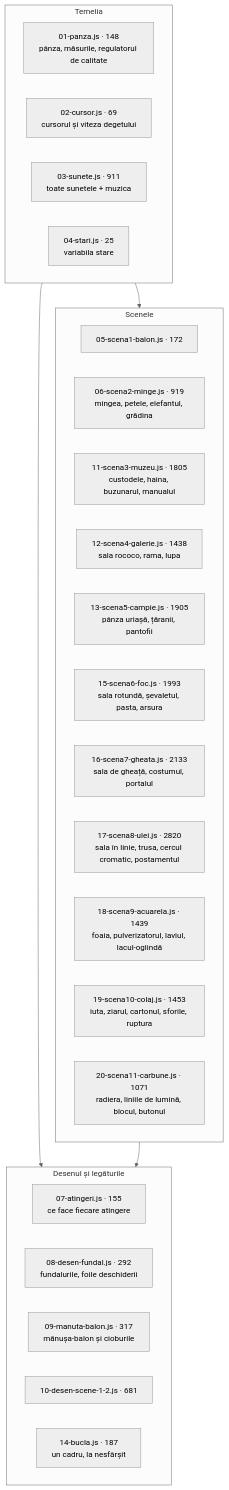
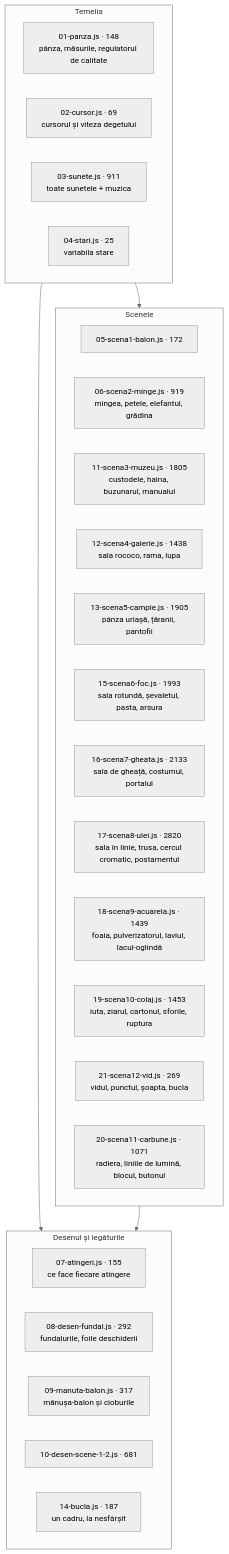
The seventh of 10 diagrams in ARCHITECTURE.md (Whit3G9dNess/Viata-dintr-o-atingere), drawn with Mermaid (neutral theme) before and after one commit. The commit also changed other lines of this file and 9 other files, not shown here.

````diff
--- a/ARCHITECTURE.md
+++ b/ARCHITECTURE.md
@@ -463,32 +483,33 @@
 ```mermaid
 flowchart TB
   subgraph T["Temelia"]
     A1["01-panza.js · 148<br/>pânza, măsurile, regulatorul de calitate"]
     A2["02-cursor.js · 69<br/>cursorul și viteza degetului"]
     A3["03-sunete.js · 911<br/>toate sunetele + muzica"]
     A4["04-stari.js · 25<br/>variabila stare"]
   end
   subgraph S["Scenele"]
     B5["05-scena1-balon.js · 172"]
     B6["06-scena2-minge.js · 919<br/>mingea, petele, elefantul, grădina"]
     B11["11-scena3-muzeu.js · 1805<br/>custodele, haina, buzunarul, manualul"]
     B12["12-scena4-galerie.js · 1438<br/>sala rococo, rama, lupa"]
     B13["13-scena5-campie.js · 1905<br/>pânza uriașă, țăranii, pantofii"]
     B15["15-scena6-foc.js · 1993<br/>sala rotundă, șevaletul, pasta, arsura"]
     B16["16-scena7-gheata.js · 2133<br/>sala de gheață, costumul, portalul"]
     B17["17-scena8-ulei.js · 2820<br/>sala în linie, trusa, cercul cromatic, postamentul"]
     B18["18-scena9-acuarela.js · 1439<br/>foaia, pulverizatorul, laviul, lacul-oglindă"]
     B19["19-scena10-colaj.js · 1453<br/>iuta, ziarul, cartonul, sforile, ruptura"]
+    B21["21-scena12-vid.js · 269<br/>vidul, punctul, șoapta, bucla"]
     B20["20-scena11-carbune.js · 1071<br/>radiera, liniile de lumină, blocul, butonul"]
   end
   subgraph D["Desenul și legăturile"]
     C7["07-atingeri.js · 155<br/>ce face fiecare atingere"]
     C8["08-desen-fundal.js · 292<br/>fundalurile, foile deschiderii"]
     C9["09-manuta-balon.js · 317<br/>mănușa-balon și cioburile"]
     C10["10-desen-scene-1-2.js · 681"]
     C14["14-bucla.js · 187<br/>un cadru, la nesfârșit"]
   end
   T --> S
   T --> D
   S --> D
 ```
````
